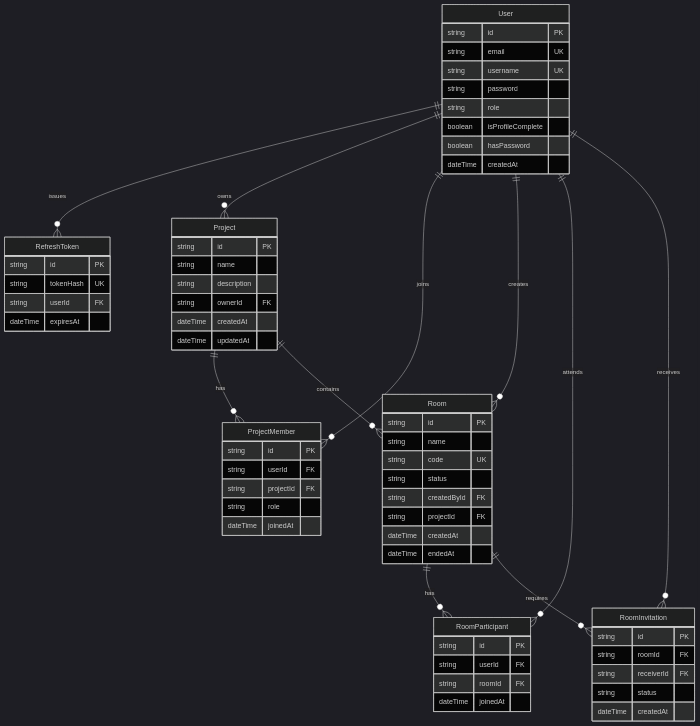
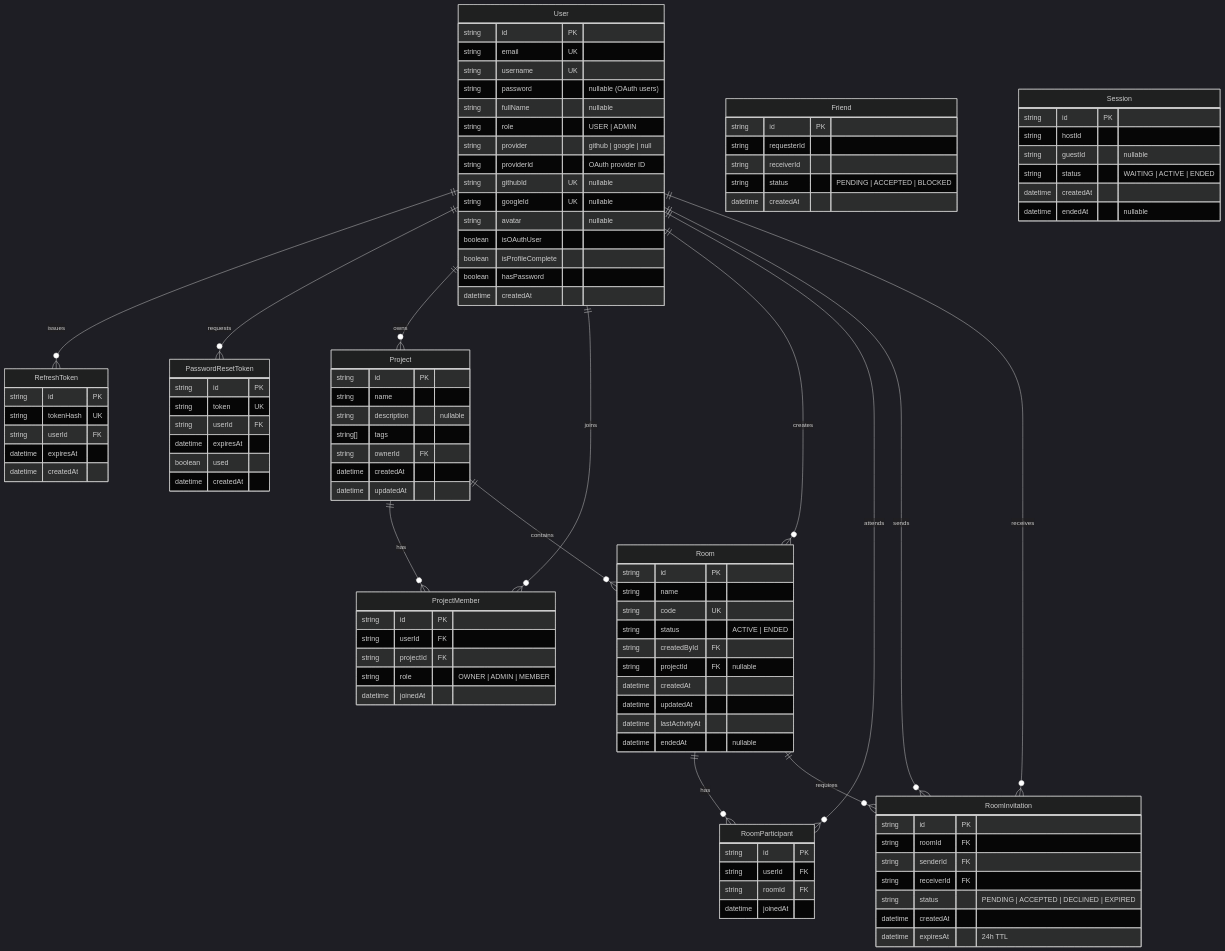
One commit to Pratyush2240/CodeCall changed the third of 7 diagrams in ARCHITECTURE.md. Above: the diagram before and after it, drawn with Mermaid (dark theme). The commit also changed other lines of this file and 1 other file, not shown here.

Commit message:
docs: Update README and ARCHITECTURE with latest features and professional structure

````diff
--- a/ARCHITECTURE.md
+++ b/ARCHITECTURE.md
@@ -91,76 +155,117 @@
 ```mermaid
 erDiagram
-    User ||--o{ RefreshToken : issues
-    User ||--o{ Project : owns
-    User ||--o{ ProjectMember : joins
-    User ||--o{ Room : creates
-    User ||--o{ RoomParticipant : attends
-    User ||--o{ RoomInvitation : receives
+    User ||--o{ RefreshToken : "issues"
+    User ||--o{ PasswordResetToken : "requests"
+    User ||--o{ Project : "owns"
+    User ||--o{ ProjectMember : "joins"
+    User ||--o{ Room : "creates"
+    User ||--o{ RoomParticipant : "attends"
+    User ||--o{ RoomInvitation : "sends"
+    User ||--o{ RoomInvitation : "receives"
 
-    Project ||--o{ ProjectMember : has
-    Project ||--o{ Room : contains
+    Project ||--o{ ProjectMember : "has"
+    Project ||--o{ Room : "contains"
 
-    Room ||--o{ RoomParticipant : has
-    Room ||--o{ RoomInvitation : requires
+    Room ||--o{ RoomParticipant : "has"
+    Room ||--o{ RoomInvitation : "requires"
 
     User {
         string id PK
         string email UK
         string username UK
-        string password
-        string role
+        string password "nullable (OAuth users)"
+        string fullName "nullable"
+        string role "USER | ADMIN"
+        string provider "github | google | null"
+        string providerId "OAuth provider ID"
+        string githubId UK "nullable"
+        string googleId UK "nullable"
+        string avatar "nullable"
+        boolean isOAuthUser
         boolean isProfileComplete
         boolean hasPassword
-        dateTime createdAt
+        datetime createdAt
     }
 
     RefreshToken {
         string id PK
         string tokenHash UK
         string userId FK
-        dateTime expiresAt
+        datetime expiresAt
+        datetime createdAt
+    }
+
+    PasswordResetToken {
+        string id PK
+        string token UK
+        string userId FK
+        datetime expiresAt
+        boolean used
+        datetime createdAt
+    }
+
+    Friend {
+        string id PK
+        string requesterId
+        string receiverId
+        string status "PENDING | ACCEPTED | BLOCKED"
+        datetime createdAt
+    }
+
+    Session {
+        string id PK
+        string hostId
+        string guestId "nullable"
+        string status "WAITING | ACTIVE | ENDED"
+        datetime createdAt
+        datetime endedAt "nullable"
     }
 
     Project {
         string id PK
         string name
-        string description
+        string description "nullable"
+        string[] tags
         string ownerId FK
-        dateTime createdAt
-        dateTime updatedAt
+        datetime createdAt
+        datetime updatedAt
     }
 
     ProjectMember {
         string id PK
         string userId FK
         string projectId FK
-        string role
-        dateTime joinedAt
+        string role "OWNER | ADMIN | MEMBER"
+        datetime joinedAt
     }
 
     Room {
         string id PK
         string name
         string code UK
-        string status
+        string status "ACTIVE | ENDED"
         string createdById FK
-        string projectId FK
-        dateTime createdAt
-        dateTime endedAt
+        string projectId FK "nullable"
+        datetime createdAt
+        datetime updatedAt
+        datetime lastActivityAt
+        datetime endedAt "nullable"
     }
 
     RoomParticipant {
         string id PK
         string userId FK
         string roomId FK
-        dateTime joinedAt
+        datetime joinedAt
     }
 
     RoomInvitation {
         string id PK
         string roomId FK
+        string senderId FK
         string receiverId FK
-        string status
-        dateTime createdAt
+        string status "PENDING | ACCEPTED | DECLINED | EXPIRED"
+        datetime createdAt
+        datetime expiresAt "24h TTL"
     }
 ```
````
